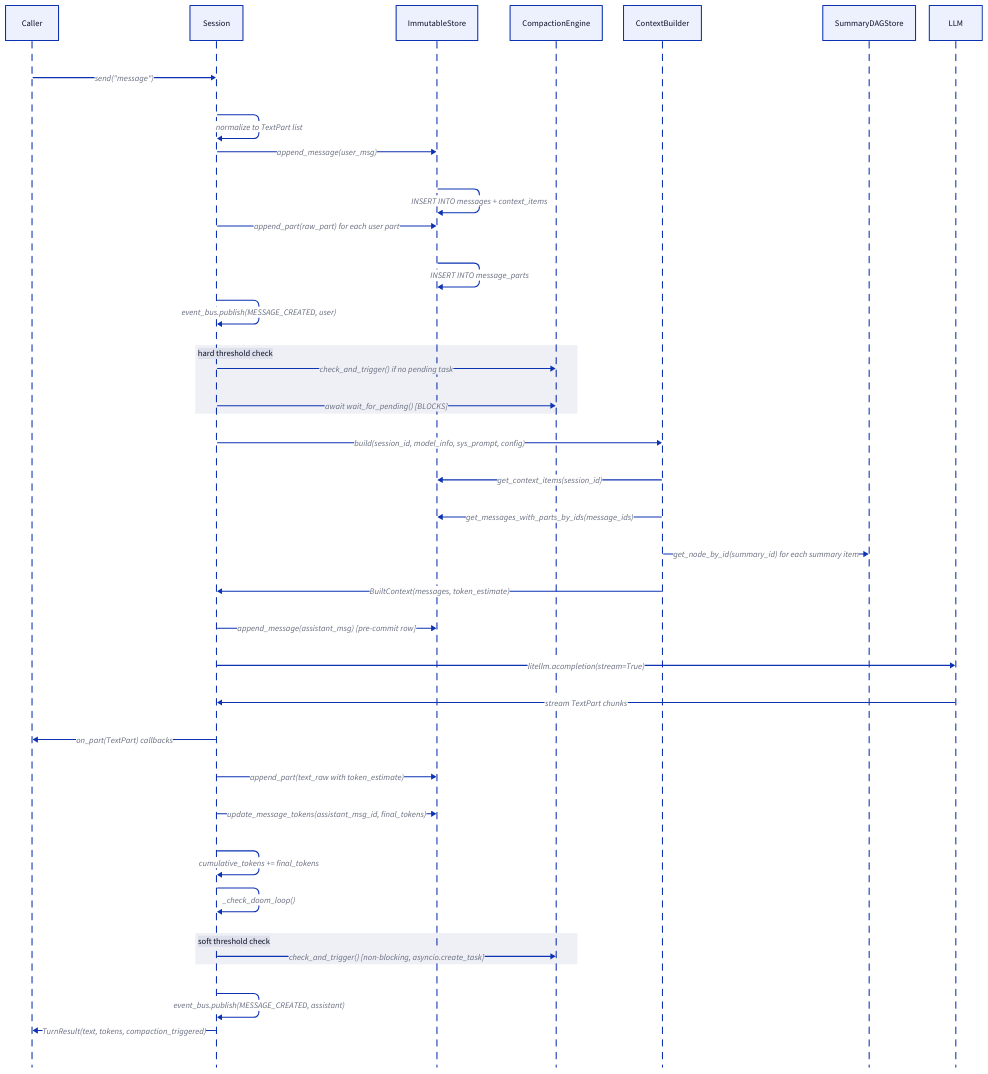
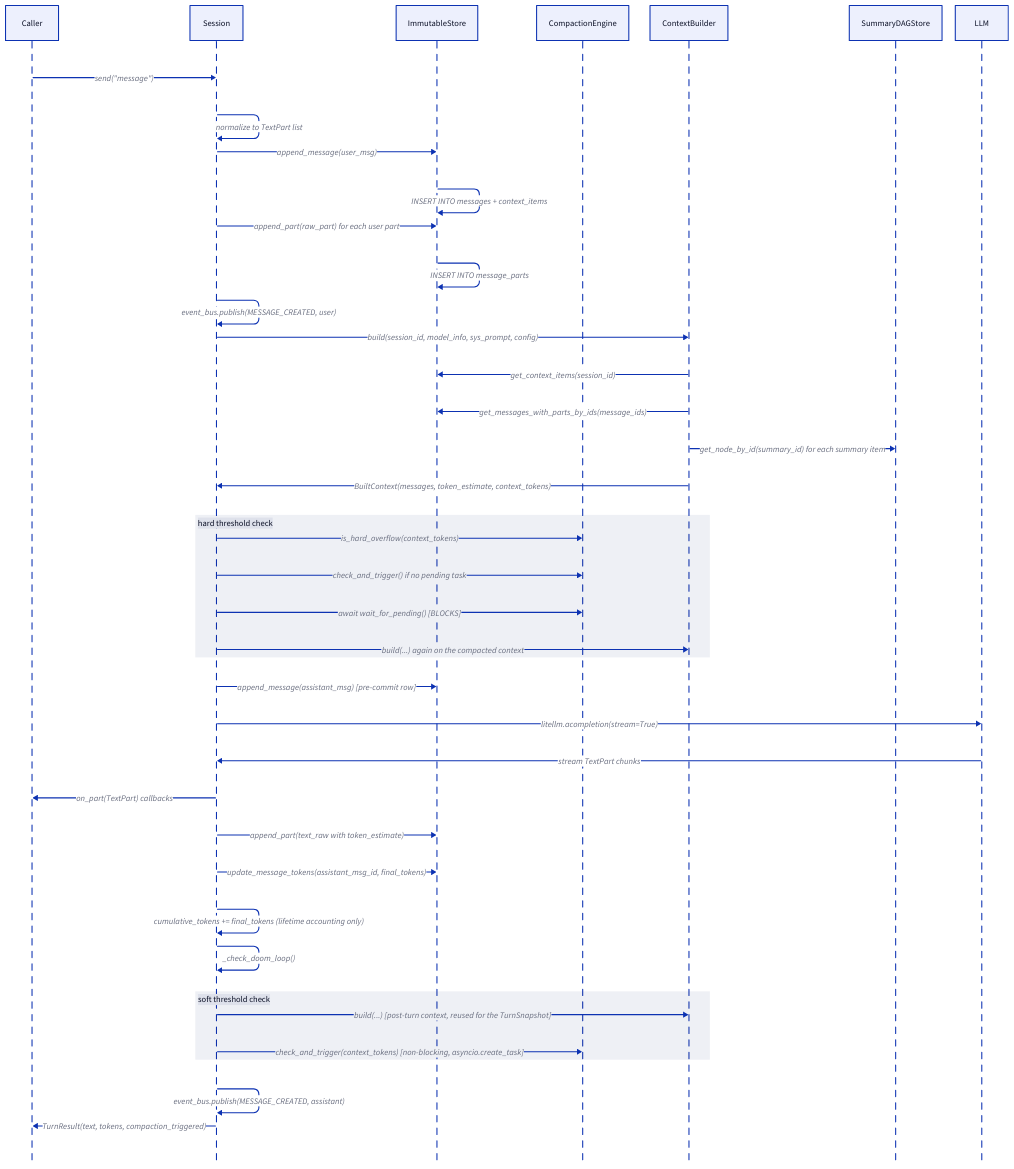
The second of 3 diagrams in docs/architecture.md (Lucenor/mnesis), drawn with D2 before and after one commit. The commit also changed other lines of this file and 13 other files, not shown here.

First line of the commit message:
fix: trigger compaction on current context size, not lifetime usage (#114)

````diff
--- a/docs/architecture.md
+++ b/docs/architecture.md
@@ -114,45 +114,49 @@
 ```d2
 shape: sequence_diagram
 
 Caller
 Session
 Store: ImmutableStore
 Engine: CompactionEngine
 Builder: ContextBuilder
 SDS: SummaryDAGStore
 LLM
 
 Caller -> Session: "send(\"message\")"
 Session -> Session: normalize to TextPart list
 Session -> Store: append_message(user_msg)
 Store -> Store: "INSERT INTO messages + context_items"
 Session -> Store: "append_part(raw_part) for each user part"
 Store -> Store: INSERT INTO message_parts
 Session -> Session: "event_bus.publish(MESSAGE_CREATED, user)"
 
-hard threshold check: {
-  Session -> Engine: "check_and_trigger() if no pending task"
-  Session -> Engine: "await wait_for_pending() [BLOCKS]"
-}
-
 Session -> Builder: "build(session_id, model_info, sys_prompt, config)"
 Builder -> Store: get_context_items(session_id)
 Builder -> Store: get_messages_with_parts_by_ids(message_ids)
 Builder -> SDS: "get_node_by_id(summary_id) for each summary item"
-Builder -> Session: "BuiltContext(messages, token_estimate)"
+Builder -> Session: "BuiltContext(messages, token_estimate, context_tokens)"
+
+hard threshold check: {
+  Session -> Engine: "is_hard_overflow(context_tokens)"
+  Session -> Engine: "check_and_trigger() if no pending task"
+  Session -> Engine: "await wait_for_pending() [BLOCKS]"
+  Session -> Builder: "build(...) again on the compacted context"
+}
+
 Session -> Store: "append_message(assistant_msg) [pre-commit row]"
 Session -> LLM: "litellm.acompletion(stream=True)"
 LLM -> Session: stream TextPart chunks
 Session -> Caller: "on_part(TextPart) callbacks"
 Session -> Store: append_part(text_raw with token_estimate)
 Session -> Store: "update_message_tokens(assistant_msg_id, final_tokens)"
-Session -> Session: "cumulative_tokens += final_tokens"
+Session -> Session: "cumulative_tokens += final_tokens (lifetime accounting only)"
 Session -> Session: _check_doom_loop()
 
 soft threshold check: {
-  Session -> Engine: "check_and_trigger() [non-blocking, asyncio.create_task]"
+  Session -> Builder: "build(...) [post-turn context, reused for the TurnSnapshot]"
+  Session -> Engine: "check_and_trigger(context_tokens) [non-blocking, asyncio.create_task]"
 }
 
 Session -> Session: "event_bus.publish(MESSAGE_CREATED, assistant)"
 Session -> Caller: "TurnResult(text, tokens, compaction_triggered)"
 ```
````
